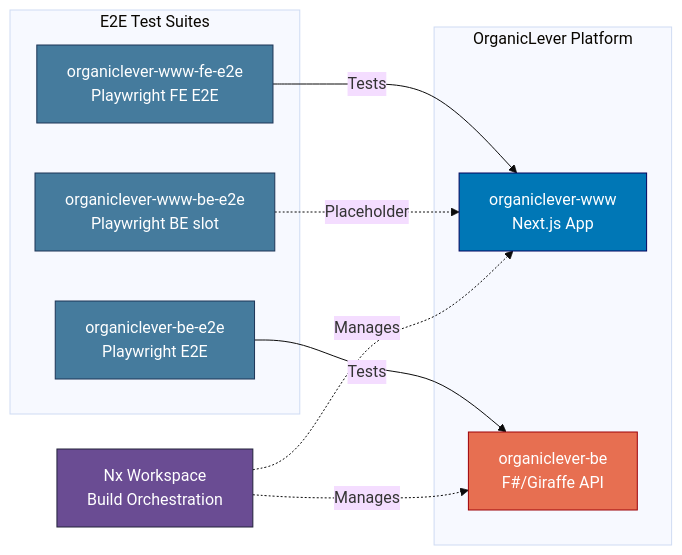
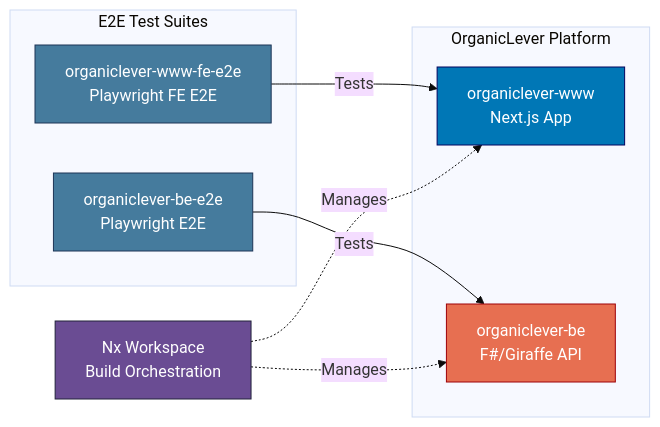
The second of 2 diagrams in docs/reference/system-architecture/applications.md (wahidyankf/open-sharia-fintech), drawn with Mermaid (base theme) before and after one commit. The commit also changed other lines of this file and 2403 other files, not shown here.

````diff
--- a/docs/reference/system-architecture/applications.md
+++ b/docs/reference/system-architecture/applications.md
@@ -203,28 +196,25 @@
 ```mermaid
 graph LR
     subgraph "OrganicLever Platform"
         OL_FE[organiclever-www<br/>Next.js App]
         OL_BE[organiclever-be<br/>F#/Giraffe API]
     end
 
     subgraph "E2E Test Suites"
         OL_WWW_FE_E2E[organiclever-www-fe-e2e<br/>Playwright FE E2E]
-        OL_WWW_BE_E2E[organiclever-www-be-e2e<br/>Playwright BE slot]
         OL_BE_E2E[organiclever-be-e2e<br/>Playwright E2E]
     end
 
     NX[Nx Workspace<br/>Build Orchestration]
 
     OL_WWW_FE_E2E -->|Tests| OL_FE
-    OL_WWW_BE_E2E -.->|Placeholder| OL_FE
     OL_BE_E2E -->|Tests| OL_BE
     NX -.->|Manages| OL_FE
     NX -.->|Manages| OL_BE
 
     style OL_FE fill:#0077b6,stroke:#03045e,color:#ffffff
     style OL_BE fill:#e76f51,stroke:#9d0208,color:#ffffff
     style OL_WWW_FE_E2E fill:#457b9d,stroke:#1d3557,color:#ffffff
-    style OL_WWW_BE_E2E fill:#457b9d,stroke:#1d3557,color:#ffffff
     style OL_BE_E2E fill:#457b9d,stroke:#1d3557,color:#ffffff
     style NX fill:#6a4c93,stroke:#22223b,color:#ffffff
 ```
````
